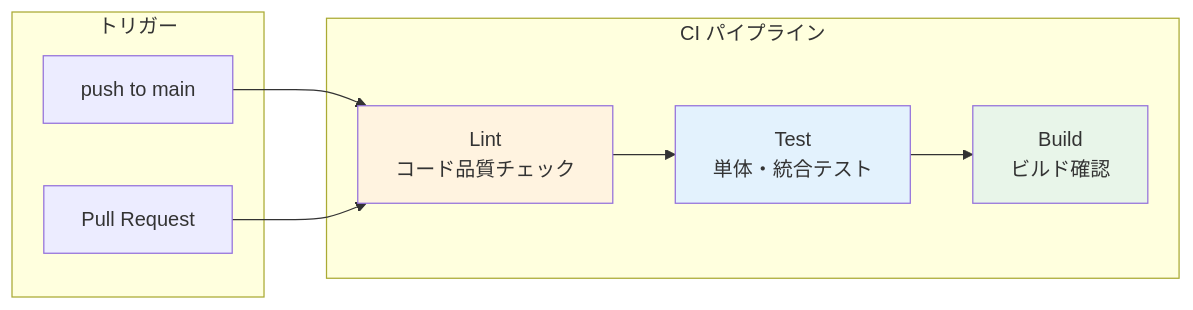
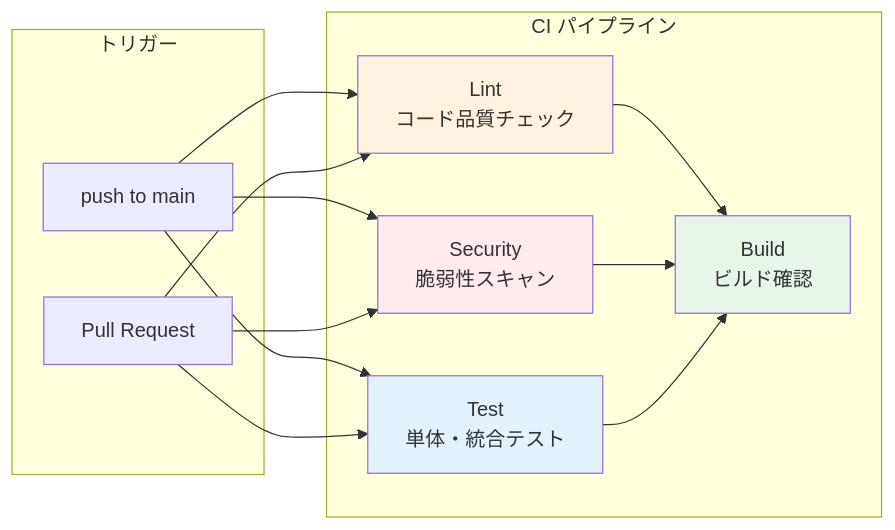
The seventh of 8 diagrams in docs/IMPLEMENTATION.md (sano-suguru/go-event-ticket-reservation), drawn with Mermaid before and after one commit. The commit also changed other lines of this file and 1 other file, not shown here.

Commit message:
docs: Go 1.24 に更新、CI/CD に Security ジョブを追記

````diff
--- a/docs/IMPLEMENTATION.md
+++ b/docs/IMPLEMENTATION.md
@@ -711,22 +711,29 @@
 ```mermaid
 flowchart LR
     subgraph トリガー
         Push[push to main]
         PR[Pull Request]
     end
     
     subgraph CI パイプライン
         Lint[Lint<br/>コード品質チェック]
+        Security[Security<br/>脆弱性スキャン]
         Test[Test<br/>単体・統合テスト]
         Build[Build<br/>ビルド確認]
     end
     
     Push --> Lint
+    Push --> Security
+    Push --> Test
     PR --> Lint
-    Lint --> Test
+    PR --> Security
+    PR --> Test
+    Lint --> Build
+    Security --> Build
     Test --> Build
     
     style Lint fill:#fff3e0
+    style Security fill:#ffebee
     style Test fill:#e3f2fd
     style Build fill:#e8f5e9
 ```
````
